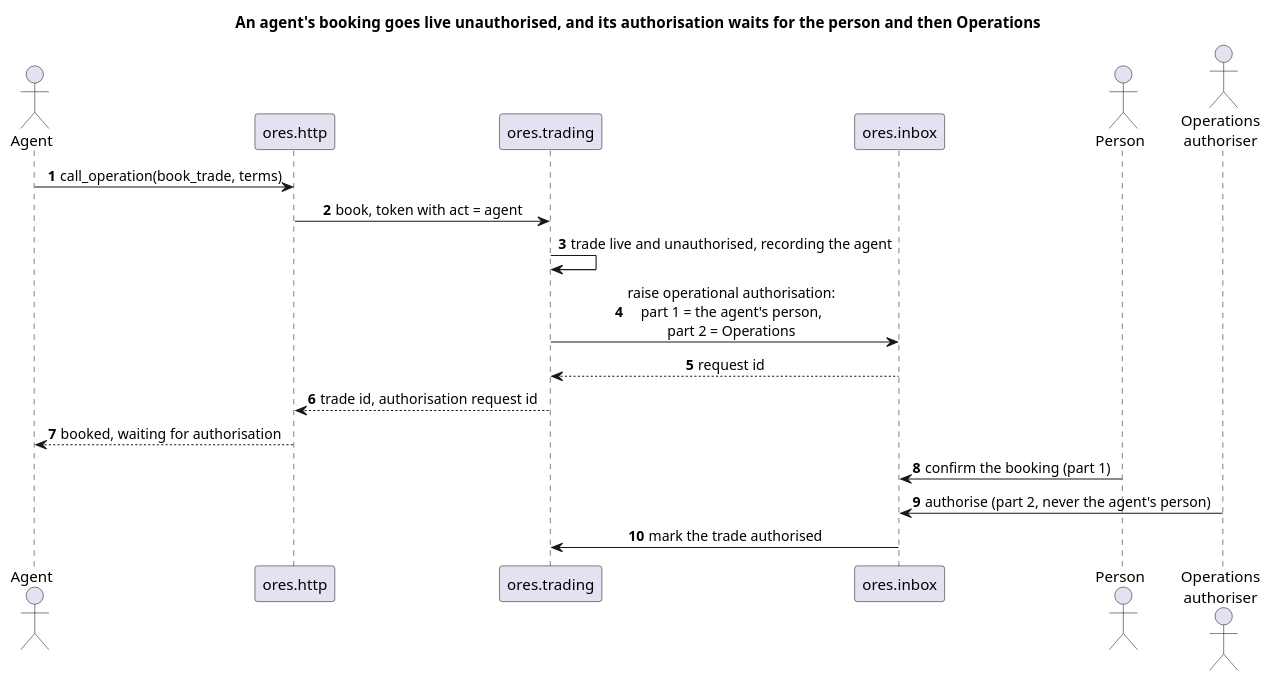
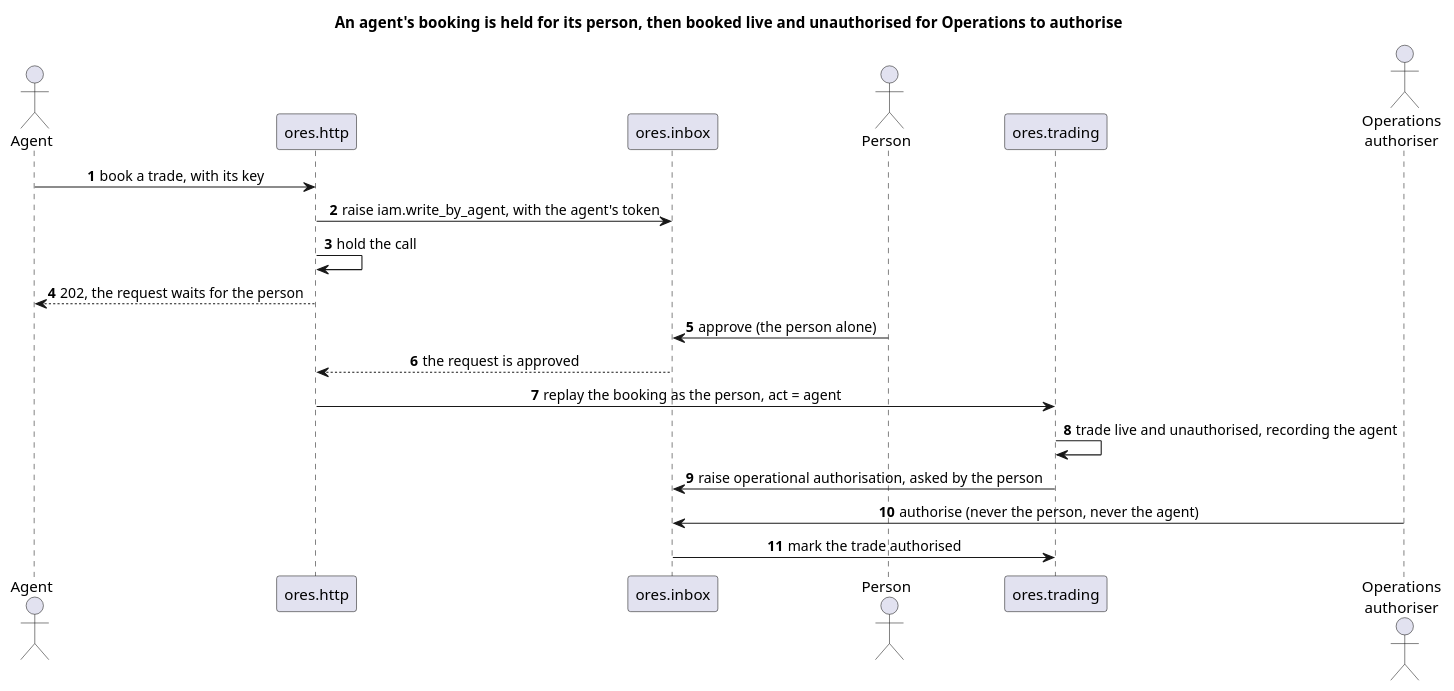
Before and after one commit to OreStudio/OreStudio: the diagram in doc/knowledge/agents/agent_trade_booking.puml, drawn with PlantUML. The commit also changed 81 other files, not shown here.

```diff
--- a/doc/knowledge/agents/agent_trade_booking.puml
+++ b/doc/knowledge/agents/agent_trade_booking.puml
@@ -18,28 +18,29 @@
 @startuml
 
-title An agent's booking goes live unauthorised, and its authorisation waits for the person and then Operations
+title An agent's booking is held for its person, then booked live and unauthorised for Operations to authorise
 
 skinparam sequenceMessageAlign center
 skinparam responseMessageBelowArrow true
 autonumber
 
 actor "Agent" as agent
 participant "ores.http" as http
-participant "ores.trading" as trading
 participant "ores.inbox" as inbox
 actor "Person" as person
+participant "ores.trading" as trading
 actor "Operations\nauthoriser" as ops
 
-agent -> http : call_operation(book_trade, terms)
-http -> trading : book, token with act = agent
+agent -> http : book a trade, with its key
+http -> inbox : raise iam.write_by_agent, with the agent's token
+http -> http : hold the call
+http --> agent : 202, the request waits for the person
+
+person -> inbox : approve (the person alone)
+inbox --> http : the request is approved
+http -> trading : replay the booking as the person, act = agent
 trading -> trading : trade live and unauthorised, recording the agent
-trading -> inbox : raise operational authorisation:\npart 1 = the agent's person,\npart 2 = Operations
-inbox --> trading : request id
-trading --> http : trade id, authorisation request id
-http --> agent : booked, waiting for authorisation
-
-person -> inbox : confirm the booking (part 1)
-ops -> inbox : authorise (part 2, never the agent's person)
+trading -> inbox : raise operational authorisation, asked by the person
+ops -> inbox : authorise (never the person, never the agent)
 inbox -> trading : mark the trade authorised
 
 @enduml
```
